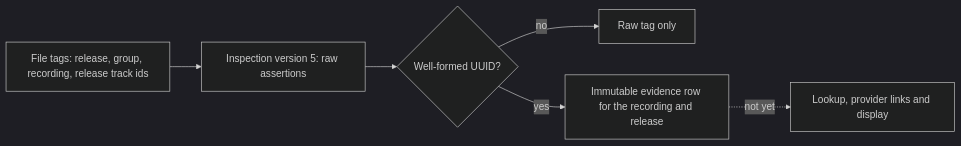
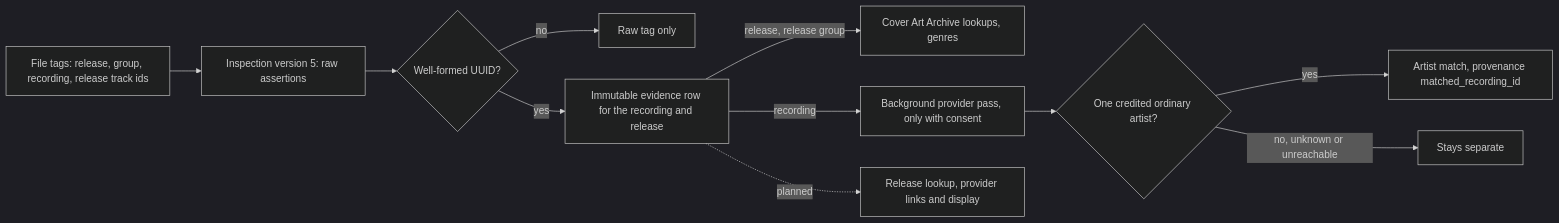
The fourth of 6 diagrams in docs/artist-matching.md (acidiney/hitoapp), drawn with Mermaid (dark theme) before and after one commit. The commit also changed other lines of this file and 2 other files, not shown here.

Commit message:
Document recording identifier artist matching

````diff
--- a/docs/artist-matching.md
+++ b/docs/artist-matching.md
@@ -187,8 +191,13 @@
 ```mermaid
 flowchart LR
     Tag[File tags: release, group, recording, release track ids] --> Inspect[Inspection version 5: raw assertions]
     Inspect --> Valid{Well-formed UUID?}
     Valid -->|no| Raw[Raw tag only]
     Valid -->|yes| Row[Immutable evidence row for the recording and release]
-    Row -.->|not yet| Later[Lookup, provider links and display]
+    Row -->|release, release group| Cover[Cover Art Archive lookups, genres]
+    Row -->|recording| Walk[Background provider pass, only with consent]
+    Walk --> Artist{One credited ordinary artist?}
+    Artist -->|yes| Match[Artist match, provenance matched_recording_id]
+    Artist -->|no, unknown or unreachable| Rest[Stays separate]
+    Row -.->|planned| Later[Release lookup, provider links and display]
 ```
````
